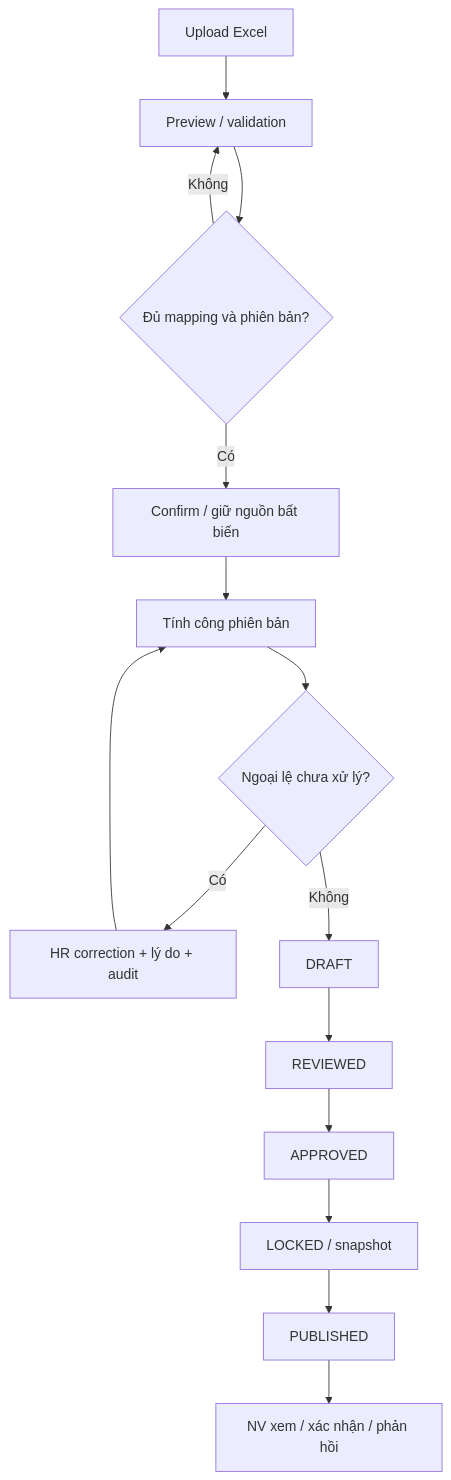
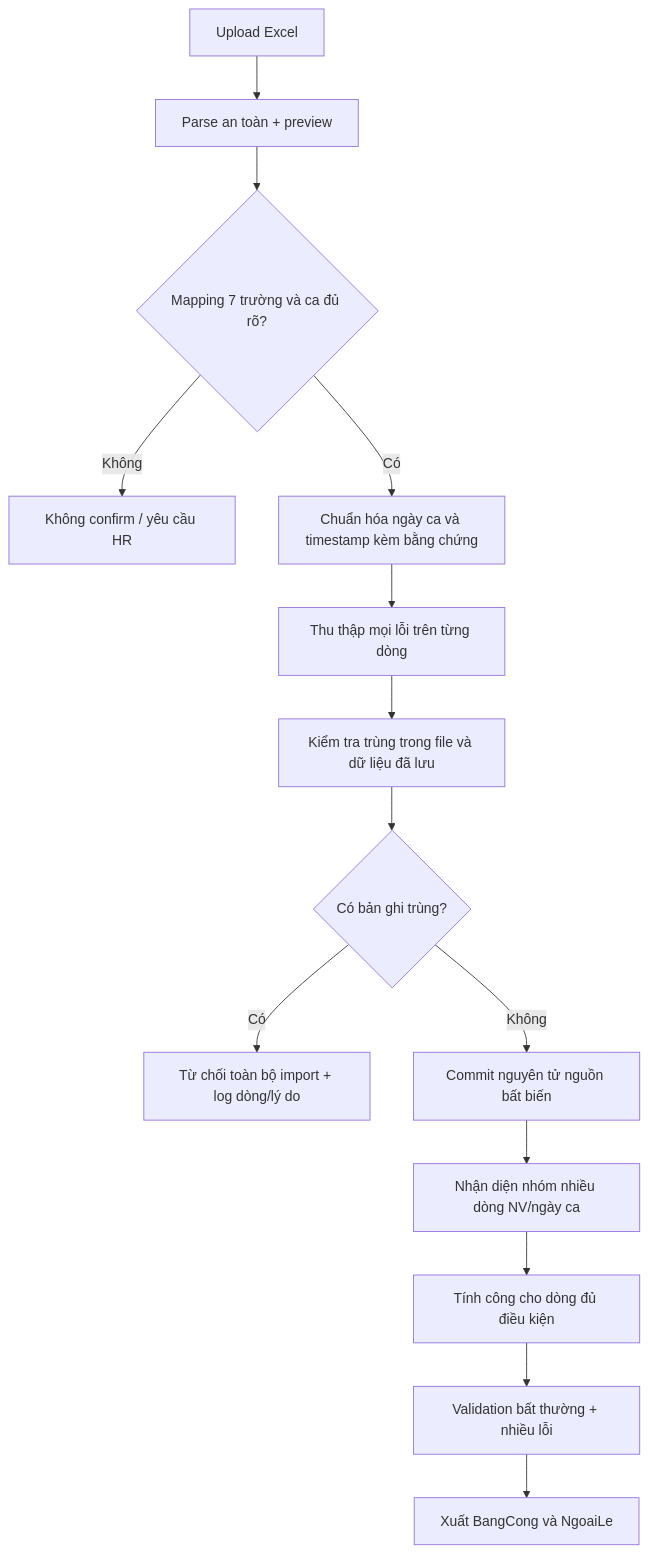
One commit to tuanqt98/tinh-cong changed the diagram in docs/07_WORKFLOW.md. Above: the diagram before and after it, drawn with Mermaid. The commit also changed other lines of this file and 136 other files, not shown here.

````diff
--- a/docs/07_WORKFLOW.md
+++ b/docs/07_WORKFLOW.md
@@ -5,17 +7,16 @@
 ```mermaid
 flowchart TD
- A[Upload Excel] --> B[Preview / validation]
- B --> C{Đủ mapping và phiên bản?}
- C -- Không --> B
- C -- Có --> D[Confirm / giữ nguồn bất biến]
- D --> E[Tính công phiên bản]
- E --> F{Ngoại lệ chưa xử lý?}
- F -- Có --> G[HR correction + lý do + audit]
- G --> E
- F -- Không --> H[DRAFT]
- H --> I[REVIEWED]
- I --> J[APPROVED]
- J --> K[LOCKED / snapshot]
- K --> L[PUBLISHED]
- L --> M[NV xem / xác nhận / phản hồi]
+ A[Upload Excel] --> B[Parse an toàn + preview]
+ B --> C{Mapping 7 trường và ca đủ rõ?}
+ C -- Không --> X[Không confirm / yêu cầu HR]
+ C -- Có --> D[Chuẩn hóa ngày ca và timestamp kèm bằng chứng]
+ D --> E[Thu thập mọi lỗi trên từng dòng]
+ E --> F[Kiểm tra trùng trong file và dữ liệu đã lưu]
+ F --> G{Có bản ghi trùng?}
+ G -- Có --> H[Từ chối toàn bộ import + log dòng/lý do]
+ G -- Không --> I[Commit nguyên tử nguồn bất biến]
+ I --> J[Nhận diện nhóm nhiều dòng NV/ngày ca]
+ J --> K[Tính công cho dòng đủ điều kiện]
+ K --> L[Validation bất thường + nhiều lỗi]
+ L --> M[Xuất BangCong và NgoaiLe]
 ```
````
